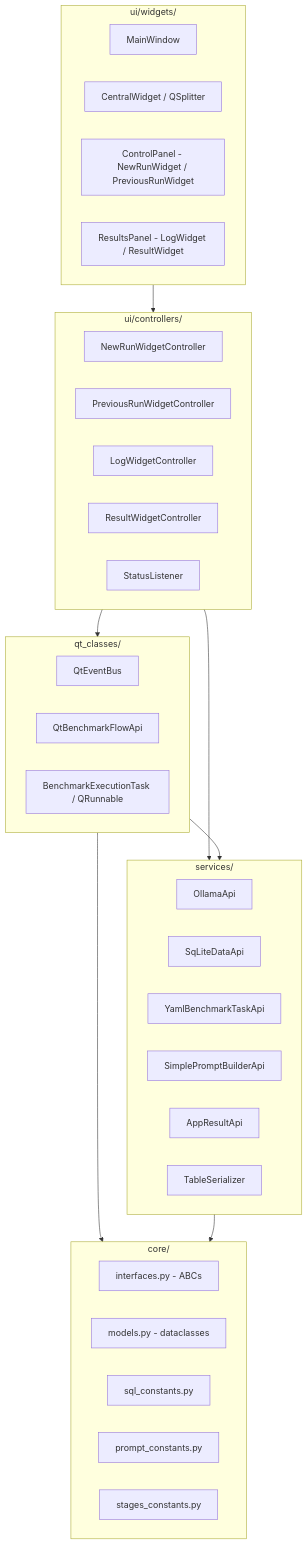
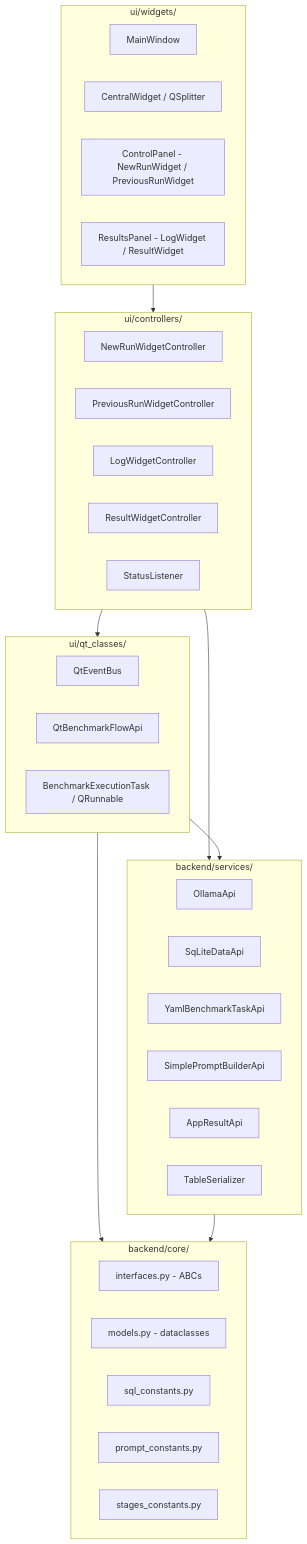
One commit to sanyokkua/ollama_llm_bench changed the first of 2 diagrams in .claude/architecture.md. Above: the diagram before and after it, drawn with Mermaid. The commit also changed other lines of this file and 61 other files, not shown here.

````diff
--- a/.claude/architecture.md
+++ b/.claude/architecture.md
@@ -21,43 +38,43 @@
 ```mermaid
 flowchart TD
     subgraph WIDGETS ["ui/widgets/"]
         MW[MainWindow]
         CW[CentralWidget / QSplitter]
         CP[ControlPanel - NewRunWidget / PreviousRunWidget]
         RP[ResultsPanel - LogWidget / ResultWidget]
     end
     subgraph CONTROLLERS ["ui/controllers/"]
         NRWC[NewRunWidgetController]
         PRWC[PreviousRunWidgetController]
         LWC[LogWidgetController]
         RWC[ResultWidgetController]
         SL[StatusListener]
     end
-    subgraph QT ["qt_classes/"]
+    subgraph QT ["ui/qt_classes/"]
         QEB[QtEventBus]
         QBFA[QtBenchmarkFlowApi]
         QBET[BenchmarkExecutionTask / QRunnable]
     end
-    subgraph SERVICES ["services/"]
+    subgraph SERVICES ["backend/services/"]
         OA[OllamaApi]
         SDA[SqLiteDataApi]
         YBTA[YamlBenchmarkTaskApi]
         SPBA[SimplePromptBuilderApi]
         ARA[AppResultApi]
         TS[TableSerializer]
     end
-    subgraph CORE ["core/"]
+    subgraph CORE ["backend/core/"]
         IF[interfaces.py - ABCs]
         MOD[models.py - dataclasses]
         SQL[sql_constants.py]
         PC[prompt_constants.py]
         SC[stages_constants.py]
     end
 
     WIDGETS --> CONTROLLERS
     CONTROLLERS --> QT
     CONTROLLERS --> SERVICES
     QT --> SERVICES
     QT --> CORE
     SERVICES --> CORE
 ```
````
